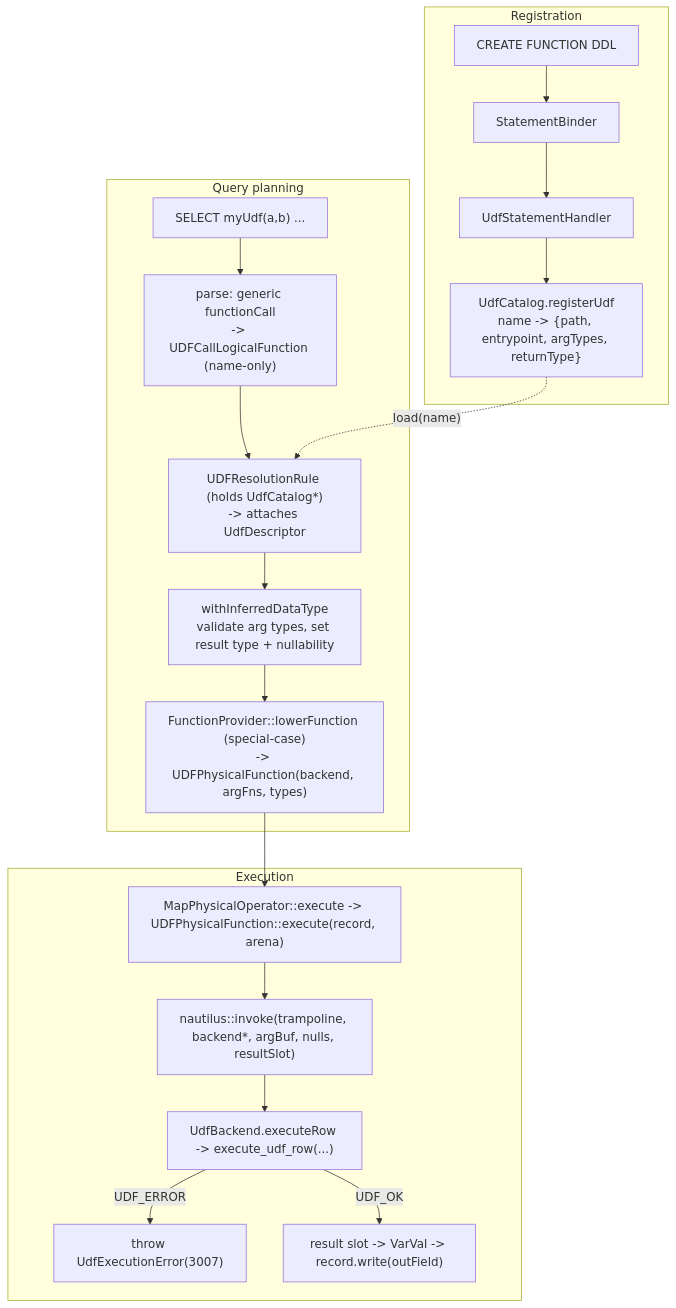
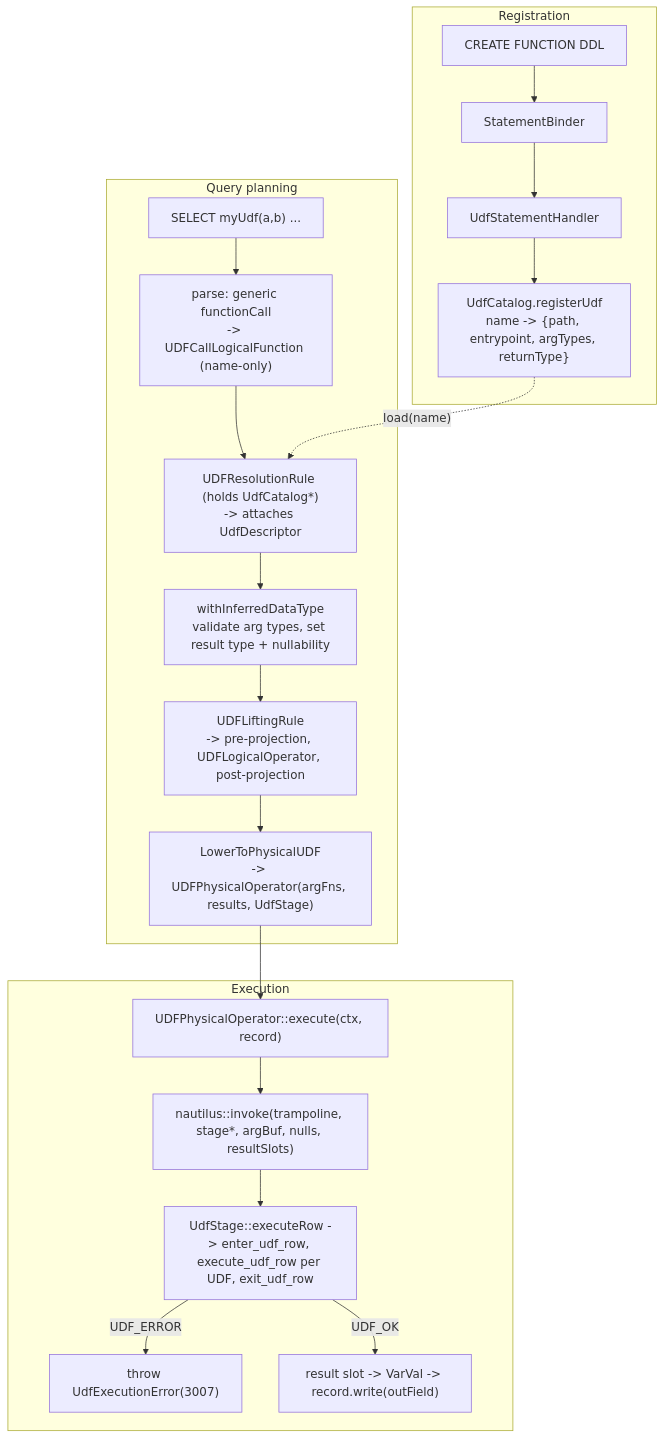
One commit to nebulastream/nebulastream changed the first of 2 diagrams in docs/design/20260708_Scalar_UDF_Support.md. Above: the diagram before and after it, drawn with Mermaid. The commit also changed other lines of this file and 32 other files, not shown here.

First line of the commit message:
feat(udf): run in-process UDFs in a fused UDF operator

````diff
--- a/docs/design/20260708_Scalar_UDF_Support.md
+++ b/docs/design/20260708_Scalar_UDF_Support.md
@@ -181,23 +181,24 @@
 ```mermaid
 flowchart TD
     subgraph Registration
       DDL["CREATE FUNCTION DDL"] --> BIND["StatementBinder"] --> H["UdfStatementHandler"] --> CAT["UdfCatalog.registerUdf<br/>name -> {path, entrypoint, argTypes, returnType}"]
     end
 
     subgraph "Query planning"
       Q["SELECT myUdf(a,b) ..."] --> P["parse: generic functionCall<br/>-> UDFCallLogicalFunction (name-only)"]
       P --> R["UDFResolutionRule (holds UdfCatalog*)<br/>-> attaches UdfDescriptor"]
       R --> T["withInferredDataType<br/>validate arg types, set result type + nullability"]
-      T --> L["FunctionProvider::lowerFunction (special-case)<br/>-> UDFPhysicalFunction(backend, argFns, types)"]
+      T --> LI["UDFLiftingRule<br/>-> pre-projection, UDFLogicalOperator, post-projection"]
+      LI --> L["LowerToPhysicalUDF<br/>-> UDFPhysicalOperator(argFns, results, UdfStage)"]
     end
 
     subgraph Execution
-      L --> M["MapPhysicalOperator::execute -> UDFPhysicalFunction::execute(record, arena)"]
-      M --> IV["nautilus::invoke(trampoline, backend*, argBuf, nulls, resultSlot)"]
-      IV --> BE["UdfBackend.executeRow -> execute_udf_row(...)"]
+      L --> M["UDFPhysicalOperator::execute(ctx, record)"]
+      M --> IV["nautilus::invoke(trampoline, stage*, argBuf, nulls, resultSlots)"]
+      IV --> BE["UdfStage::executeRow -> enter_udf_row, execute_udf_row per UDF, exit_udf_row"]
       BE -->|UDF_ERROR| EX["throw UdfExecutionError(3007)"]
       BE -->|UDF_OK| OUT["result slot -> VarVal -> record.write(outField)"]
     end
 
     CAT -. "load(name)" .-> R
 ```
````
